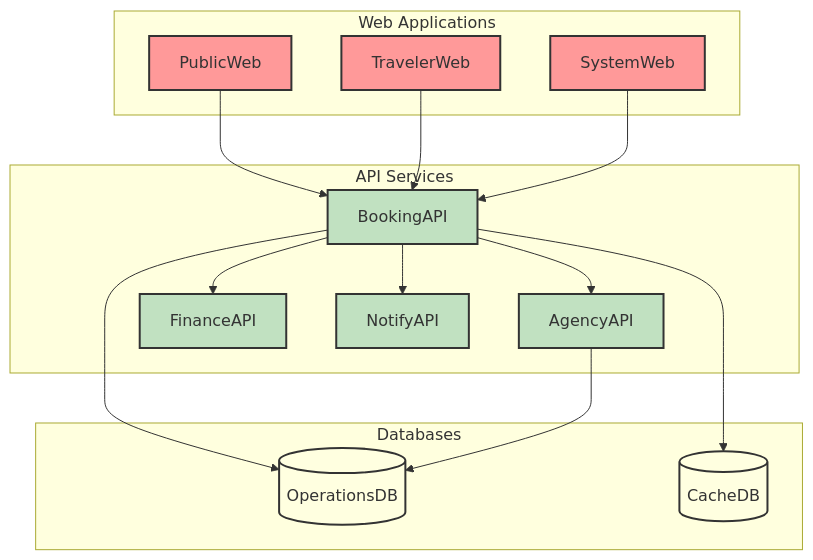
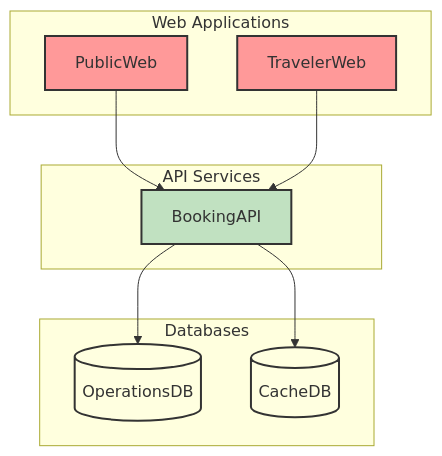
Before and after one commit to AstroBookings/.github: the first of 2 diagrams in profile/1-analysis/5_2-astrobookings-booking-management-domain.md, drawn with Mermaid. The commit also changed other lines of this file and 6 other files, not shown here.

````diff
--- a/profile/1-analysis/5_2-astrobookings-booking-management-domain.md
+++ b/profile/1-analysis/5_2-astrobookings-booking-management-domain.md
@@ -70,43 +60,32 @@
 ```mermaid
 graph TD
     subgraph Web Applications
         PublicWeb[PublicWeb]
         TravelerWeb[TravelerWeb]
-        SystemWeb[SystemWeb]
     end
 
     subgraph API Services
         BookingAPI[BookingAPI]
-        AgencyAPI[AgencyAPI]
-        FinanceAPI[FinanceAPI]
-        NotifyAPI[NotifyAPI]
     end
 
     subgraph Databases
         OperationsDB[(OperationsDB)]
         CacheDB[(CacheDB)]
     end
 
     %% Web to API connections
     PublicWeb --> BookingAPI
     TravelerWeb --> BookingAPI
-    SystemWeb --> BookingAPI
-
-    %% API to API connections
-    BookingAPI --> AgencyAPI
-    BookingAPI --> FinanceAPI
-    BookingAPI --> NotifyAPI
 
     %% API to Database connections
     BookingAPI --> OperationsDB
     BookingAPI --> CacheDB
-    AgencyAPI --> OperationsDB
 
     %% Style
     classDef web fill:#FF9999,stroke:#333,stroke-width:2px;
     classDef api fill:#C1E1C1,stroke:#333,stroke-width:2px;
     classDef db fill:#FFFFE0,stroke:#333,stroke-width:2px;
-    class PublicWeb,TravelerWeb,SystemWeb web;
-    class BookingAPI,AgencyAPI,FinanceAPI,NotifyAPI api;
+    class PublicWeb,TravelerWeb web;
+    class BookingAPI api;
     class OperationsDB,CacheDB db;
 ```
````
